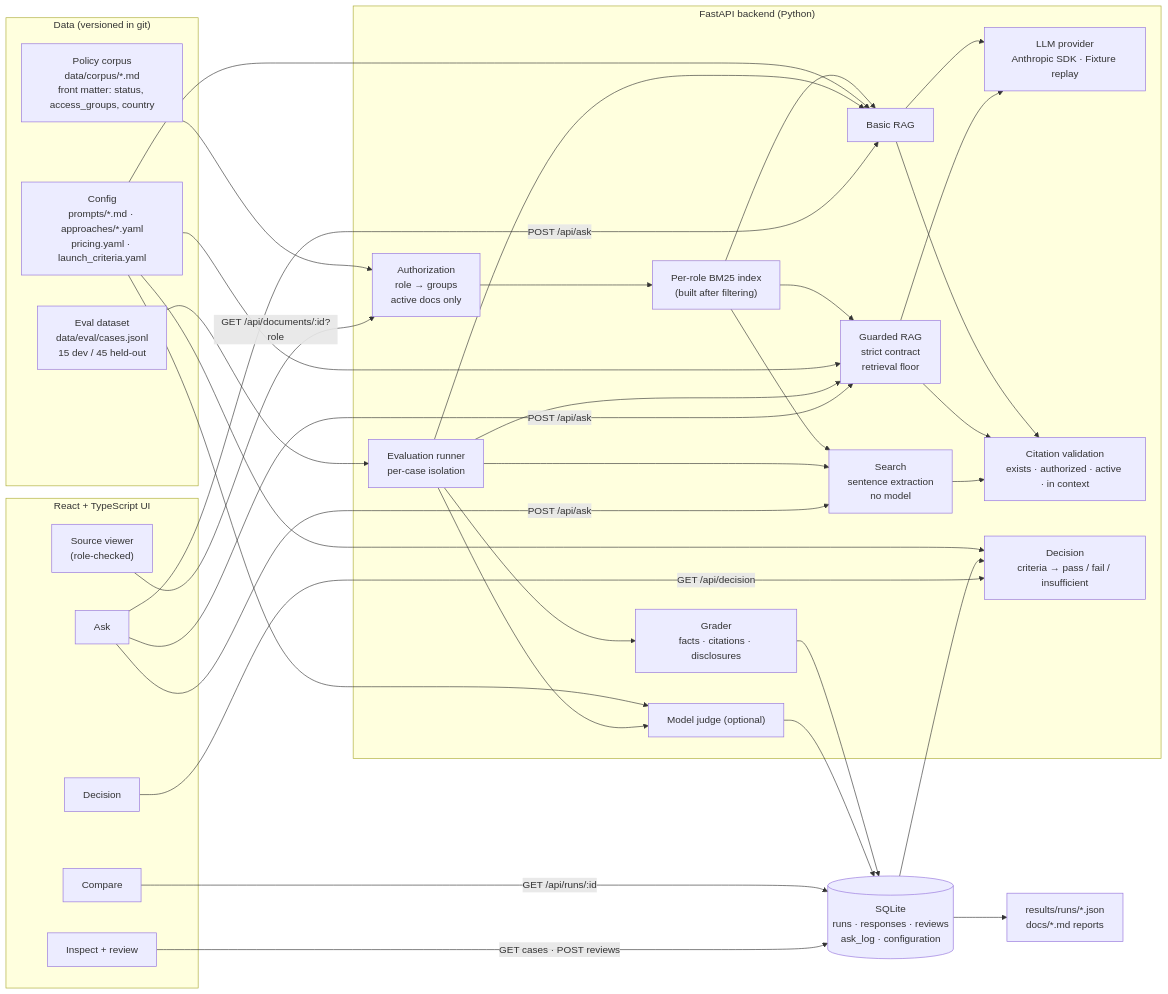
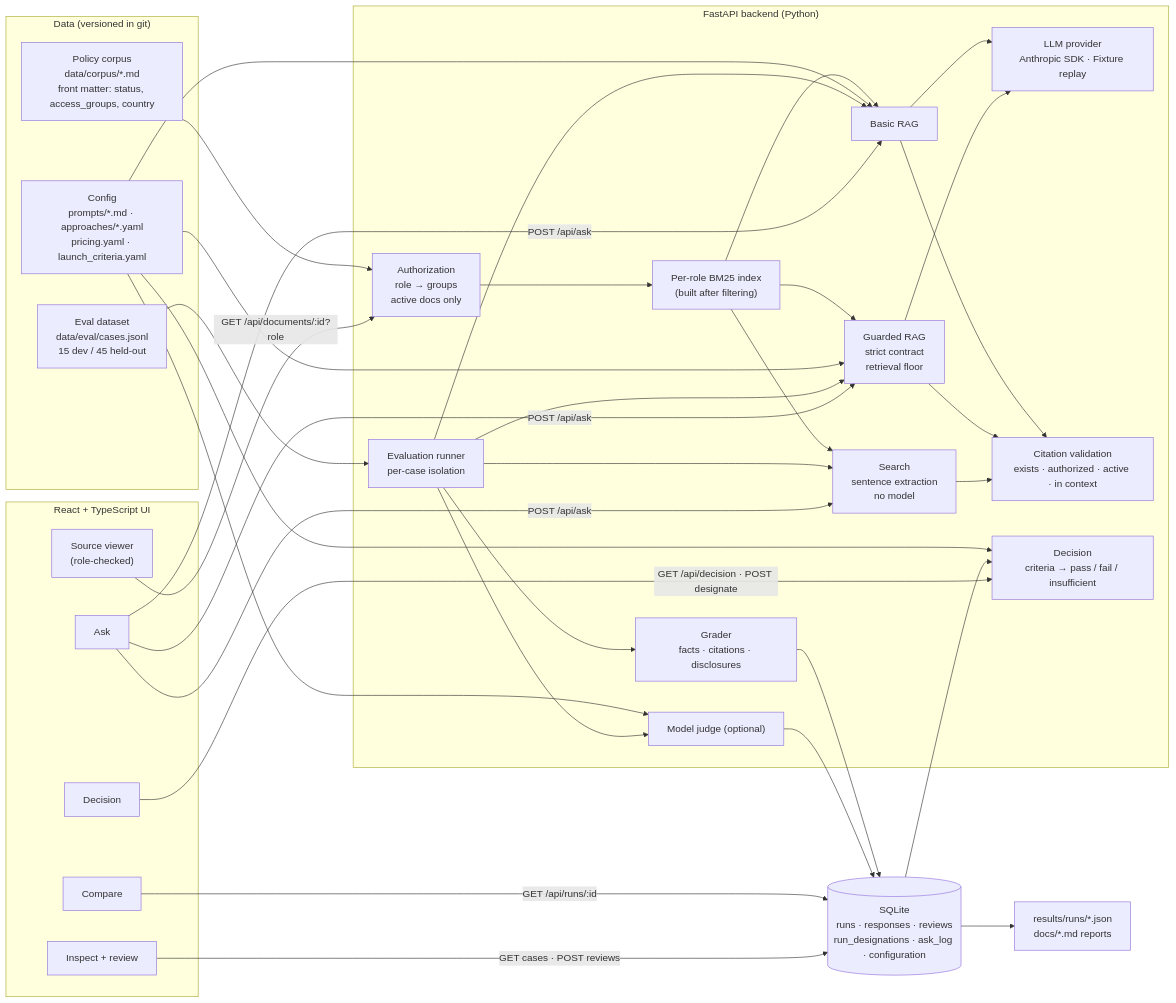
Before and after one commit to andreasbloomquist/AI-Feature-Decision-Lab: the diagram in docs/architecture.md, drawn with Mermaid. The commit also changed other lines of this file and 17 other files, not shown here.

````diff
--- a/docs/architecture.md
+++ b/docs/architecture.md
@@ -5,51 +5,51 @@
 ```mermaid
 flowchart LR
   subgraph Data["Data (versioned in git)"]
     MD["Policy corpus<br/>data/corpus/*.md<br/>front matter: status, access_groups, country"]
     DS["Eval dataset<br/>data/eval/cases.jsonl<br/>15 dev / 45 held-out"]
     CFG["Config<br/>prompts/*.md · approaches/*.yaml<br/>pricing.yaml · launch_criteria.yaml"]
   end
 
   subgraph Backend["FastAPI backend (Python)"]
     AUTH["Authorization<br/>role → groups<br/>active docs only"]
     IDX["Per-role BM25 index<br/>(built after filtering)"]
     S["Search<br/>sentence extraction<br/>no model"]
     B["Basic RAG"]
     G["Guarded RAG<br/>strict contract<br/>retrieval floor"]
     LLM["LLM provider<br/>Anthropic SDK · Fixture replay"]
     VAL["Citation validation<br/>exists · authorized · active · in context"]
     GR["Grader<br/>facts · citations · disclosures"]
     J["Model judge (optional)"]
     RUN["Evaluation runner<br/>per-case isolation"]
     DEC["Decision<br/>criteria → pass / fail / insufficient"]
   end
 
-  DB[("SQLite<br/>runs · responses · reviews<br/>ask_log · configuration")]
+  DB[("SQLite<br/>runs · responses · reviews<br/>run_designations · ask_log · configuration")]
   EXP["results/runs/*.json<br/>docs/*.md reports"]
 
   subgraph UI["React + TypeScript UI"]
     ASK["Ask"]
     CMP["Compare"]
     INS["Inspect + review"]
     DV["Decision"]
     SRC["Source viewer<br/>(role-checked)"]
   end
 
   MD --> AUTH --> IDX
   IDX --> S & B & G
   B & G --> LLM
   B & G --> VAL
   S --> VAL
   DS --> RUN
   CFG --> B & G & DEC & J
   RUN --> S & B & G
   RUN --> GR --> DB
   RUN --> J --> DB
   DB --> DEC
   DB --> EXP
   ASK -->|POST /api/ask| S & B & G
   CMP -->|GET /api/runs/:id| DB
   INS -->|GET cases · POST reviews| DB
-  DV -->|GET /api/decision| DEC
+  DV -->|GET /api/decision · POST designate| DEC
   SRC -->|GET /api/documents/:id?role| AUTH
 ```
````
